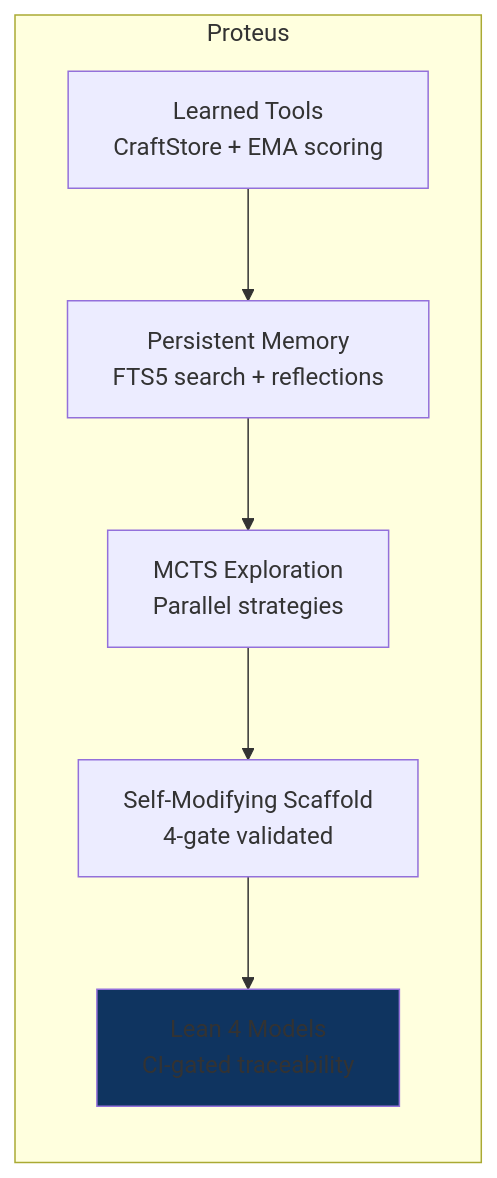
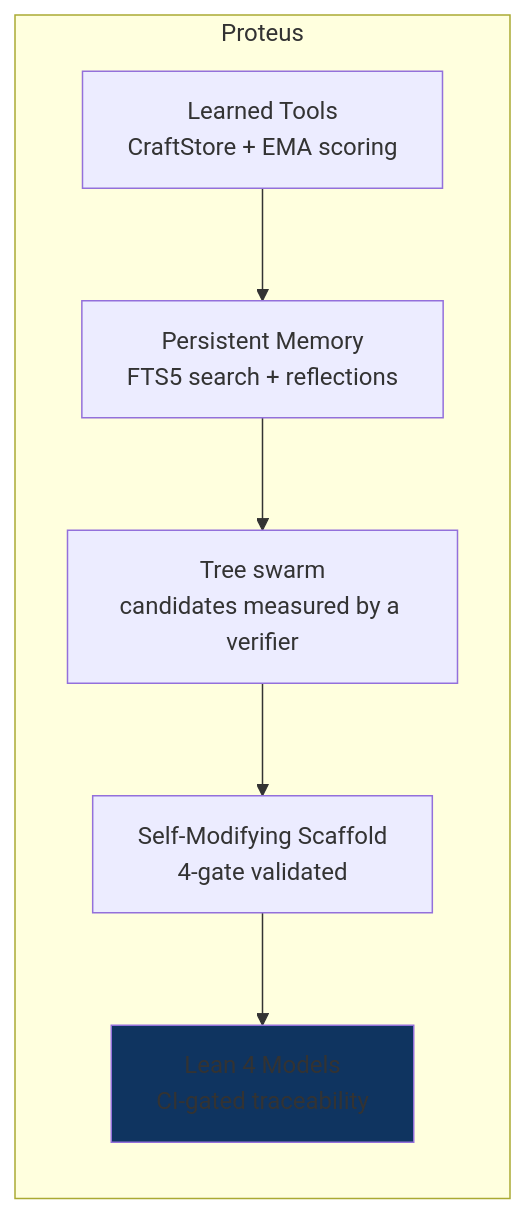
Before and after one commit to AshishKumar4/Proteus: the first of 3 diagrams in docs/APPLICATIONS.md, drawn with Mermaid. The commit also changed other lines of this file, not shown here.

First line of the commit message:
docs(applications): state the swarm and re-count the Lean corpus

````diff
--- a/docs/APPLICATIONS.md
+++ b/docs/APPLICATIONS.md
@@ -15,11 +15,11 @@
 ```mermaid
 graph LR
     subgraph "Proteus"
         B1[Learned Tools<br/>CraftStore + EMA scoring] --> B2[Persistent Memory<br/>FTS5 search + reflections]
-        B2 --> B3[MCTS Exploration<br/>Parallel strategies]
+        B2 --> B3[Tree swarm<br/>candidates measured by a verifier]
         B3 --> B4[Self-Modifying Scaffold<br/>4-gate validated]
         B4 --> B5[Lean 4 Models<br/>CI-gated traceability]
     end
 
     style B5 fill:#0f3460
 ```
````
